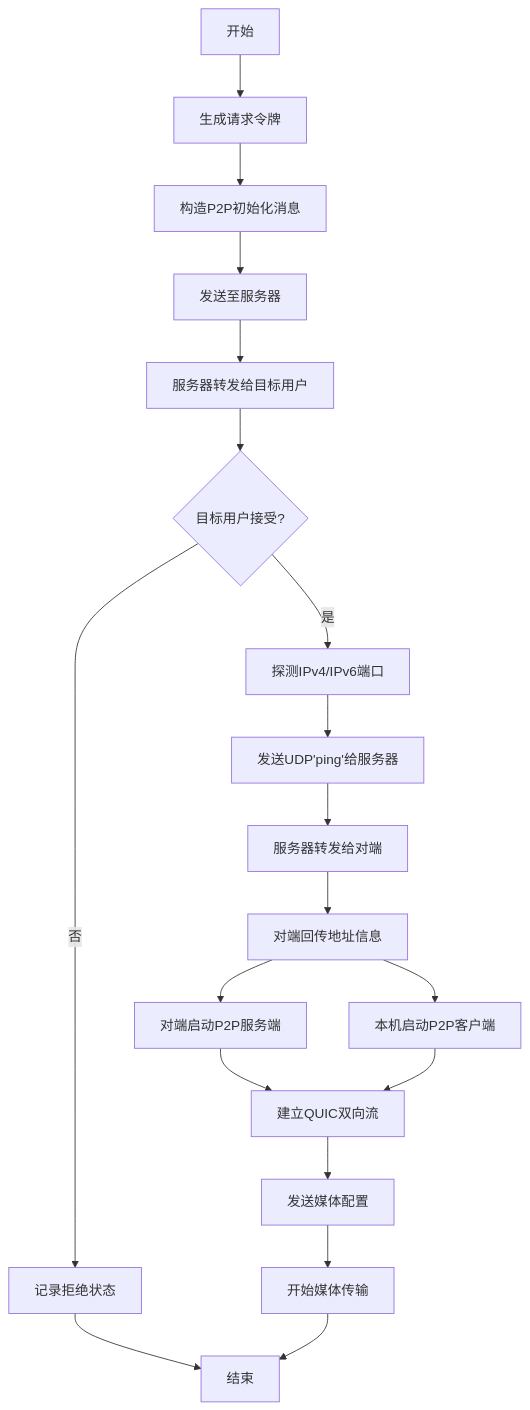
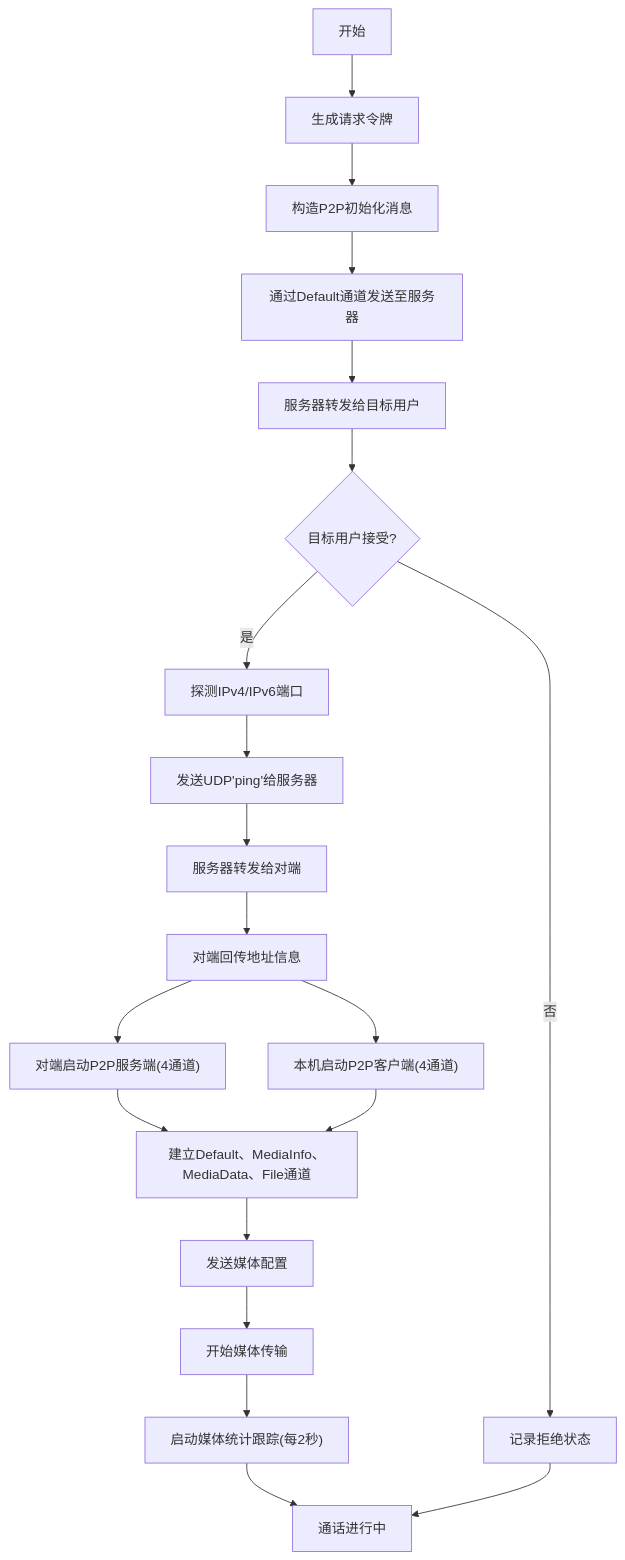
Before and after one commit to nicolastinger/only-talk-app: diagram 11 of 13 in .qoder/repowiki/zh/content/后端服务/P2P服务.md, drawn with Mermaid. The commit also changed other lines of this file and 12 other files, not shown here.

````diff
--- a/.qoder/repowiki/zh/content/后端服务/P2P服务.md
+++ b/.qoder/repowiki/zh/content/后端服务/P2P服务.md
@@ -494,21 +575,22 @@
 ```mermaid
 flowchart TD
 S["开始"] --> GenToken["生成请求令牌"]
 GenToken --> BuildMsg["构造P2P初始化消息"]
-BuildMsg --> SendToSrv["发送至服务器"]
+BuildMsg --> SendToSrv["通过Default通道发送至服务器"]
 SendToSrv --> RecvFromSrv["服务器转发给目标用户"]
 RecvFromSrv --> Accept{"目标用户接受?"}
 Accept -- 否 --> Reject["记录拒绝状态"]
 Accept -- 是 --> Detect["探测IPv4/IPv6端口"]
 Detect --> UDPPing["发送UDP'ping'给服务器"]
 UDPPing --> SrvFwd["服务器转发给对端"]
 SrvFwd --> AddrBack["对端回传地址信息"]
-AddrBack --> RunSrv["对端启动P2P服务端"]
-AddrBack --> RunCli["本机启动P2P客户端"]
-RunSrv --> Establish["建立QUIC双向流"]
+AddrBack --> RunSrv["对端启动P2P服务端(4通道)"]
+AddrBack --> RunCli["本机启动P2P客户端(4通道)"]
+RunSrv --> Establish["建立Default、MediaInfo、MediaData、File通道"]
 RunCli --> Establish
 Establish --> SendCfg["发送媒体配置"]
 SendCfg --> StartMedia["开始媒体传输"]
-Reject --> End["结束"]
-StartMedia --> End
+StartMedia --> StartStats["启动媒体统计跟踪(每2秒)"]
+StartStats --> End["通话进行中"]
+Reject --> End
 ```
````
